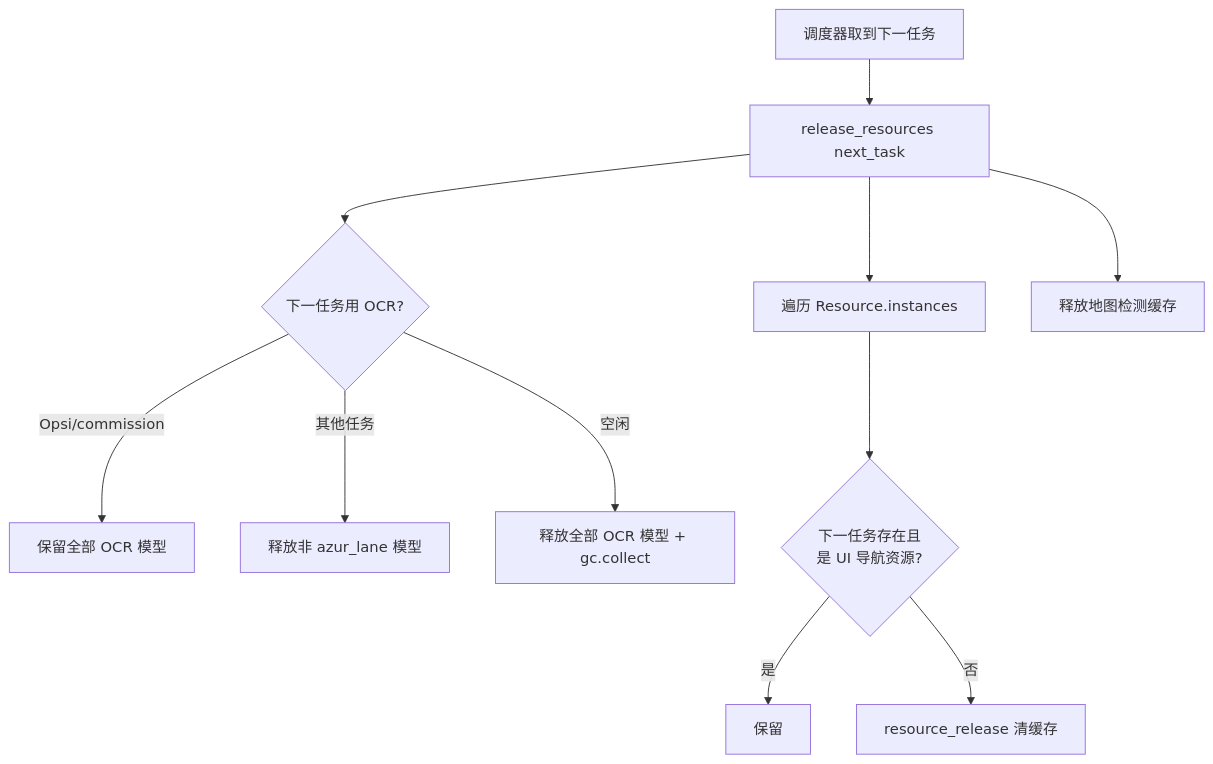
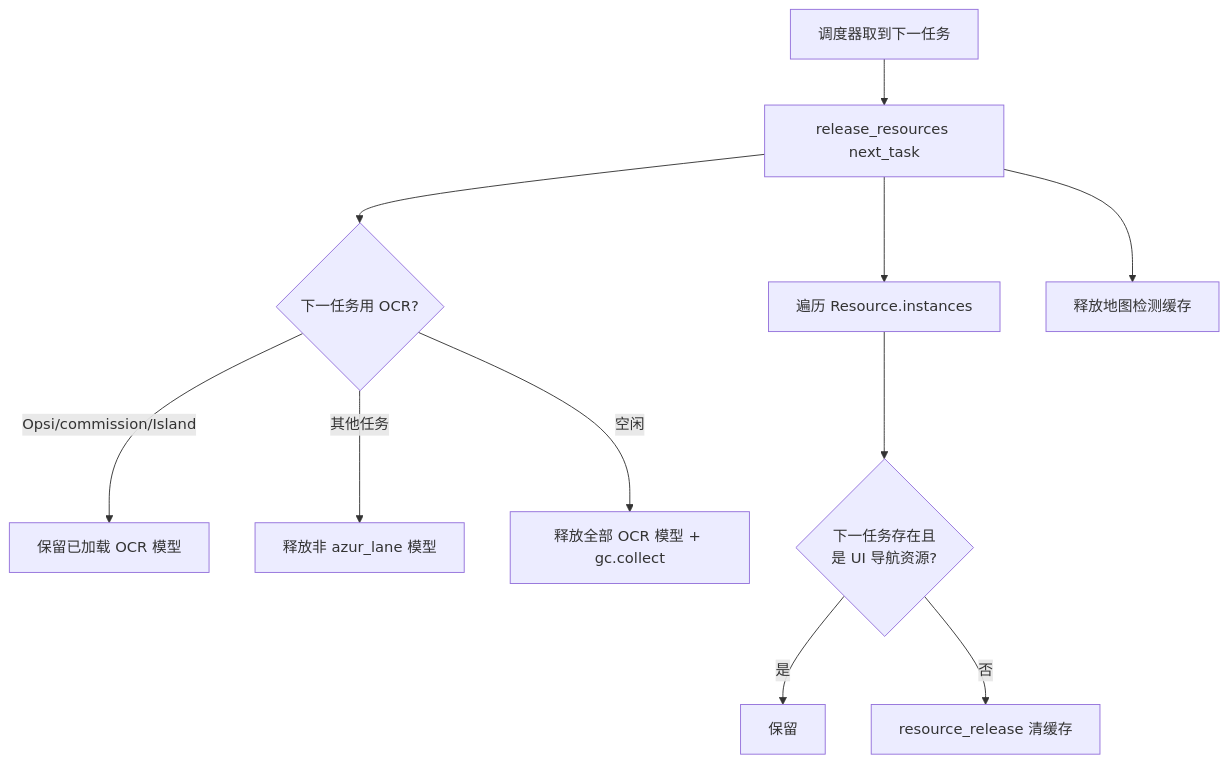
The second of 3 diagrams in docs/modules/base/index.md (zhouyc0707-spec/AzurPilot), drawn with Mermaid before and after one commit. The commit also changed other lines of this file and 23 other files, not shown here.

Commit message:
修复岛屿地图误点并优化单轮收获与缓存复用

````diff
--- a/docs/modules/base/index.md
+++ b/docs/modules/base/index.md
@@ -201,13 +201,13 @@
 ```mermaid
 flowchart TD
     A[调度器取到下一任务] --> B[release_resources next_task]
     B --> C{下一任务用 OCR?}
-    C -- Opsi/commission --> D[保留全部 OCR 模型]
+    C -- Opsi/commission/Island --> D[保留已加载 OCR 模型]
     C -- 其他任务 --> E[释放非 azur_lane 模型]
     C -- 空闲 --> F[释放全部 OCR 模型 + gc.collect]
     B --> G[遍历 Resource.instances]
     G --> H{下一任务存在且<br/>是 UI 导航资源?}
     H -- 是 --> I[保留]
     H -- 否 --> J[resource_release 清缓存]
     B --> K[释放地图检测缓存]
 ```
````
